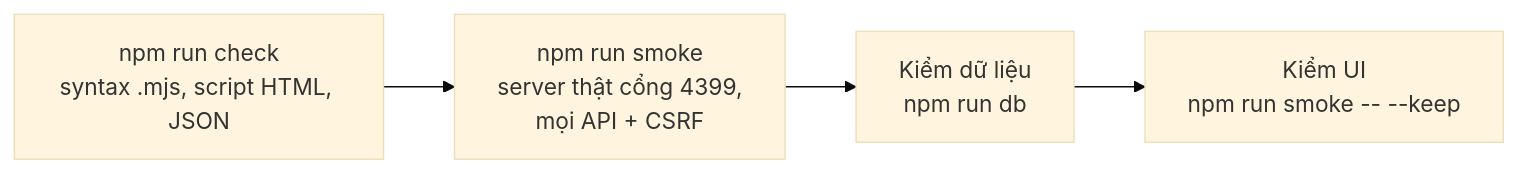
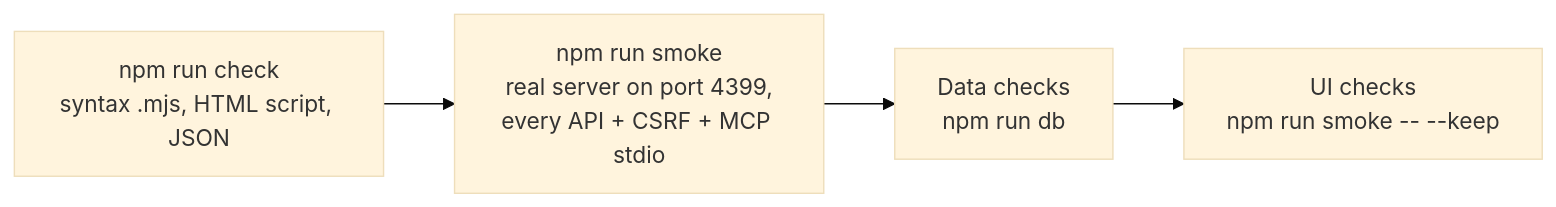
The diagram in .claude/skills/pb-testing/SKILL.md (hienct-fpt/personal-brain), drawn with Mermaid (base theme) before and after one commit. The commit also changed other lines of this file and 11 other files, not shown here.

````diff
--- a/.claude/skills/pb-testing/SKILL.md
+++ b/.claude/skills/pb-testing/SKILL.md
@@ -10,4 +10,4 @@
 ```mermaid
 flowchart LR
-  A["npm run check<br/>syntax .mjs, script HTML, JSON"] --> B["npm run smoke<br/>server thật cổng 4399,<br/>mọi API + CSRF"] --> C["Kiểm dữ liệu<br/>npm run db"] --> D["Kiểm UI<br/>npm run smoke -- --keep"]
+  A["npm run check<br/>syntax .mjs, HTML script, JSON"] --> B["npm run smoke<br/>real server on port 4399,<br/>every API + CSRF + MCP stdio"] --> C["Data checks<br/>npm run db"] --> D["UI checks<br/>npm run smoke -- --keep"]
 ```
````
